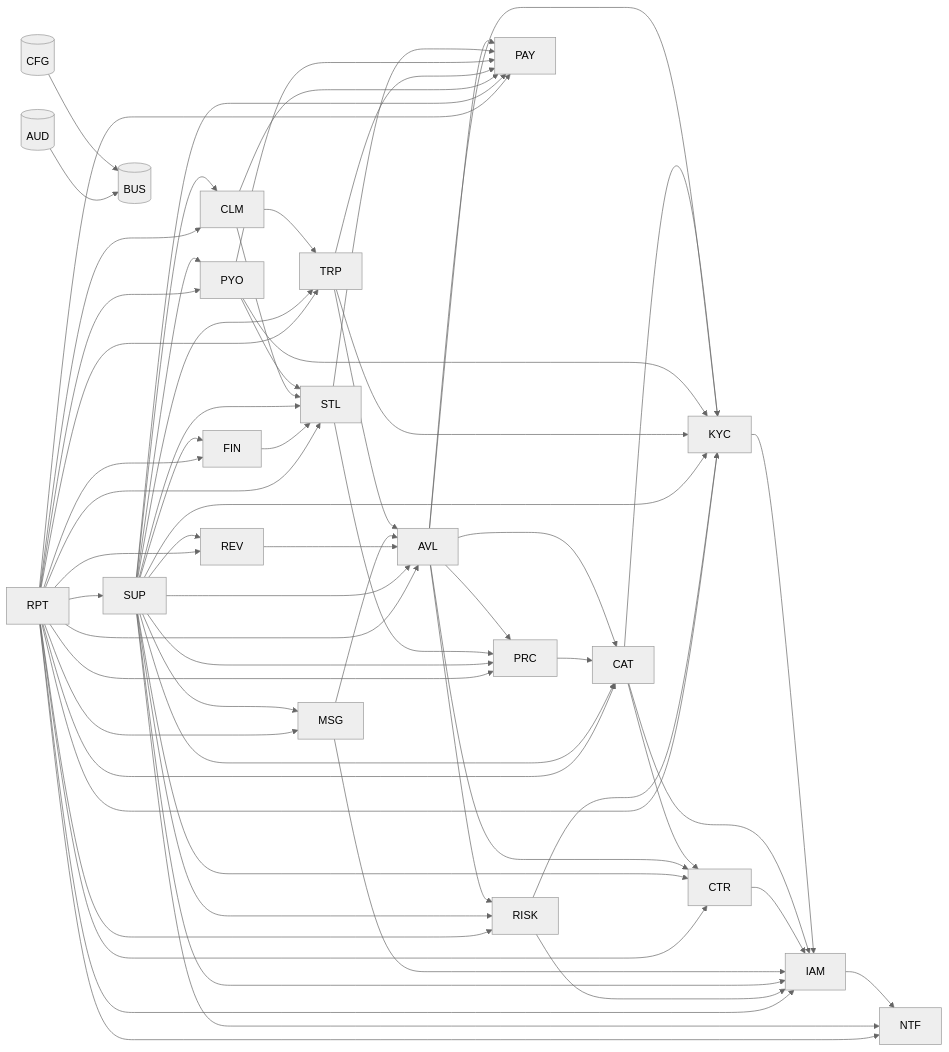
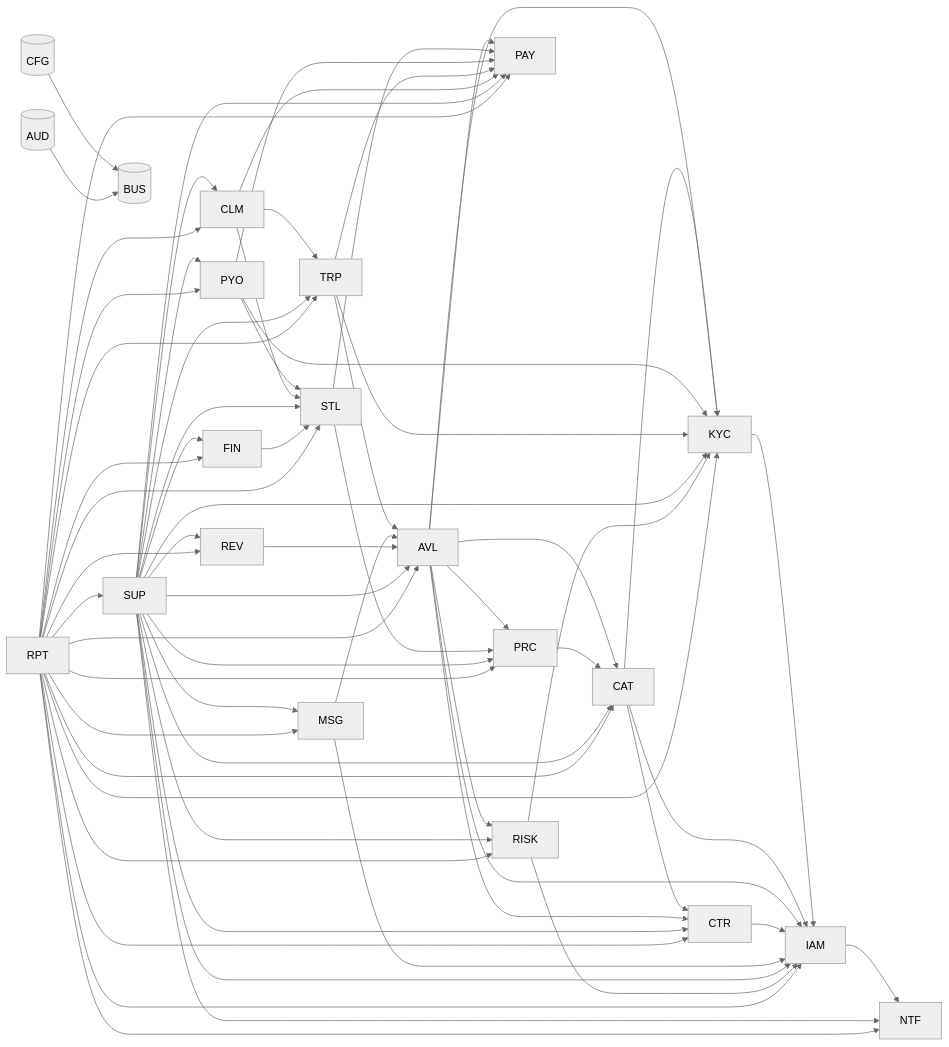
The first of 2 diagrams in docs/architecture/modules.md (Noamgitpty/rueda), drawn with Mermaid (neutral theme) before and after one commit. The commit also changed other lines of this file and 58 other files, not shown here.

```diff
--- a/docs/architecture/modules.md
+++ b/docs/architecture/modules.md
@@ -43,6 +43,7 @@
   AVL --> KYC
   AVL --> RISK
   AVL --> CAT
+  AVL --> IAM
   PRC --> CAT
   CTR --> IAM
   STL --> PRC
```
